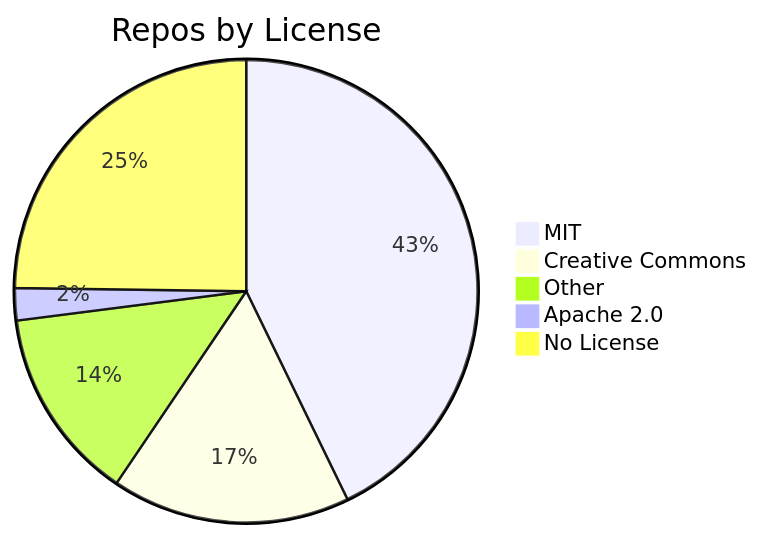
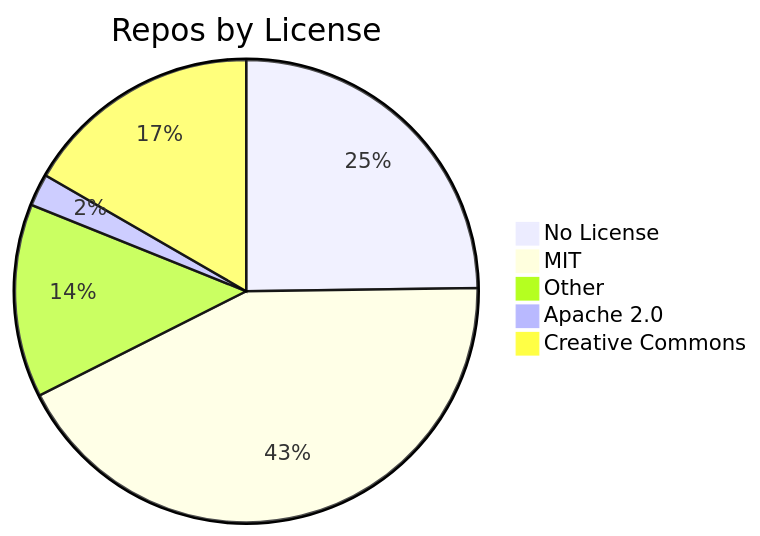
Before and after one commit to jpatterson933/awesome-mcp-server-repo-index: the diagram in README.md, drawn with Mermaid. The commit also changed other lines of this file and 7 other files, not shown here.

````diff
--- a/README.md
+++ b/README.md
@@ -31,8 +31,8 @@
 ```mermaid
 pie title Repos by License
+    "No License" : 55
     "MIT" : 95
-    "Creative Commons" : 37
     "Other" : 30
     "Apache 2.0" : 5
-    "No License" : 55
+    "Creative Commons" : 37
 ```
````
